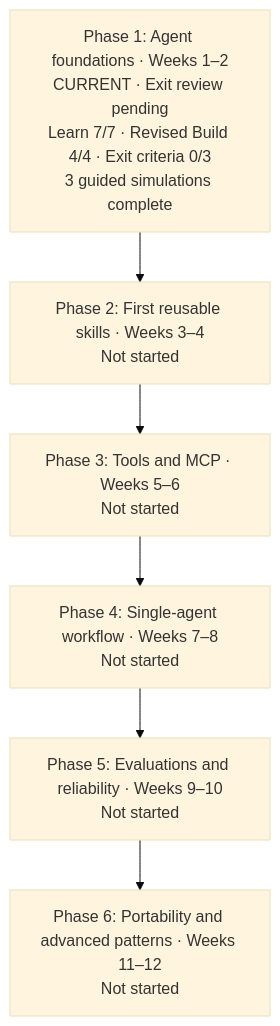
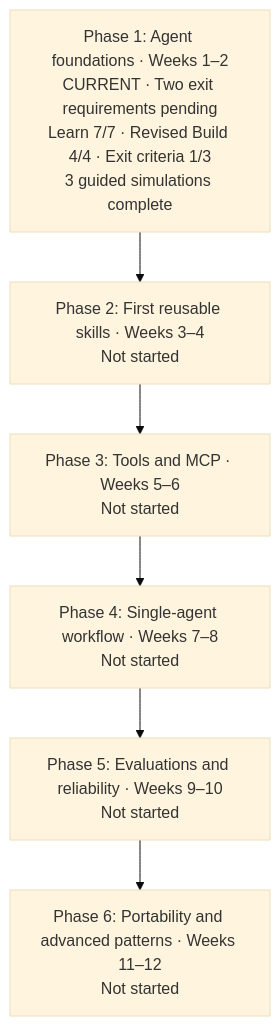
Before and after one commit to rezamohamadlo/agent-learning-coach: the diagram in learner/reza/ROADMAP.md, drawn with Mermaid (base theme). The commit also changed other lines of this file and 5 other files, not shown here.

Commit message:
Simplify coaching language and record Phase 1 review

````diff
--- a/learner/reza/ROADMAP.md
+++ b/learner/reza/ROADMAP.md
@@ -39,10 +39,10 @@
 ```mermaid
 flowchart TB
-    P1["Phase 1: Agent foundations · Weeks 1–2<br/>CURRENT · Exit review pending<br/>Learn 7/7 · Revised Build 4/4 · Exit criteria 0/3<br/>3 guided simulations complete"]
+    P1["Phase 1: Agent foundations · Weeks 1–2<br/>CURRENT · Two exit requirements pending<br/>Learn 7/7 · Revised Build 4/4 · Exit criteria 1/3<br/>3 guided simulations complete"]
     P2["Phase 2: First reusable skills · Weeks 3–4<br/>Not started"]
     P3["Phase 3: Tools and MCP · Weeks 5–6<br/>Not started"]
     P4["Phase 4: Single-agent workflow · Weeks 7–8<br/>Not started"]
     P5["Phase 5: Evaluations and reliability · Weeks 9–10<br/>Not started"]
     P6["Phase 6: Portability and advanced patterns · Weeks 11–12<br/>Not started"]
     P1 --> P2 --> P3 --> P4 --> P5 --> P6
 ```
````
